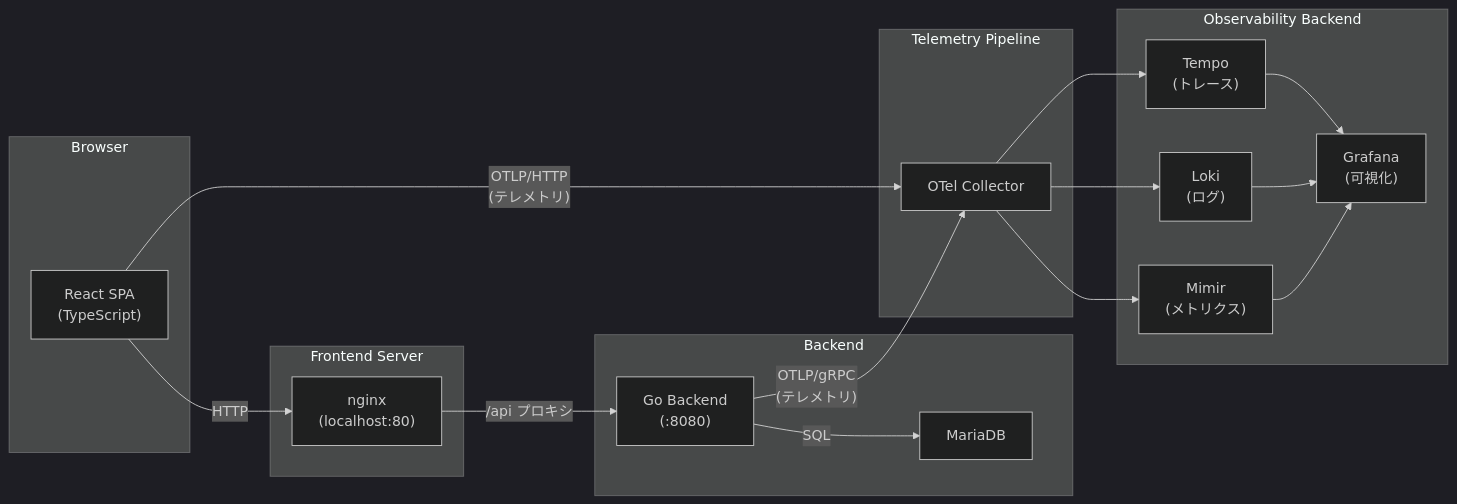
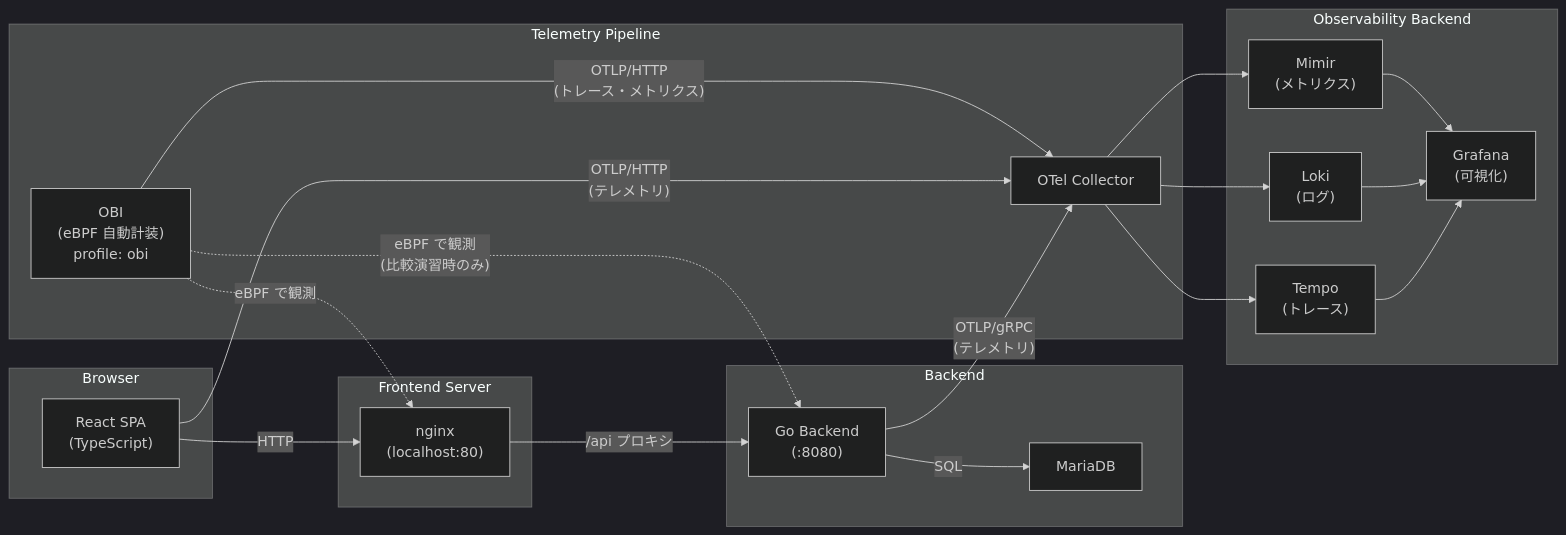
Before and after one commit to hidekingerz/otel-practice-env: the diagram in docs/explanation/architecture.md, drawn with Mermaid (dark theme). The commit also changed other lines of this file, not shown here.

First line of the commit message:
docs: Phase 9 - アーキテクチャ解説に OBI と SDK/eBPF の比較を追加

````diff
--- a/docs/explanation/architecture.md
+++ b/docs/explanation/architecture.md
@@ -5,41 +5,45 @@
 ```mermaid
 graph LR
     subgraph Browser
         React["React SPA<br/>(TypeScript)"]
     end
 
     subgraph "Frontend Server"
         nginx["nginx<br/>(localhost:80)"]
     end
 
     subgraph Backend
         Go["Go Backend<br/>(:8080)"]
         DB["MariaDB"]
     end
 
     subgraph "Telemetry Pipeline"
         Collector["OTel Collector"]
+        OBI["OBI<br/>(eBPF 自動計装)<br/>profile: obi"]
     end
 
     subgraph "Observability Backend"
         Tempo["Tempo<br/>(トレース)"]
         Loki["Loki<br/>(ログ)"]
         Mimir["Mimir<br/>(メトリクス)"]
         Grafana["Grafana<br/>(可視化)"]
     end
 
     React -- "HTTP" --> nginx
     nginx -- "/api プロキシ" --> Go
     Go -- "SQL" --> DB
 
     React -- "OTLP/HTTP<br/>(テレメトリ)" --> Collector
     Go -- "OTLP/gRPC<br/>(テレメトリ)" --> Collector
+    OBI -. "eBPF で観測" .-> nginx
+    OBI -. "eBPF で観測<br/>(比較演習時のみ)" .-> Go
+    OBI -- "OTLP/HTTP<br/>(トレース・メトリクス)" --> Collector
 
     Collector --> Tempo
     Collector --> Loki
     Collector --> Mimir
 
     Tempo --> Grafana
     Loki --> Grafana
     Mimir --> Grafana
 ```
````
